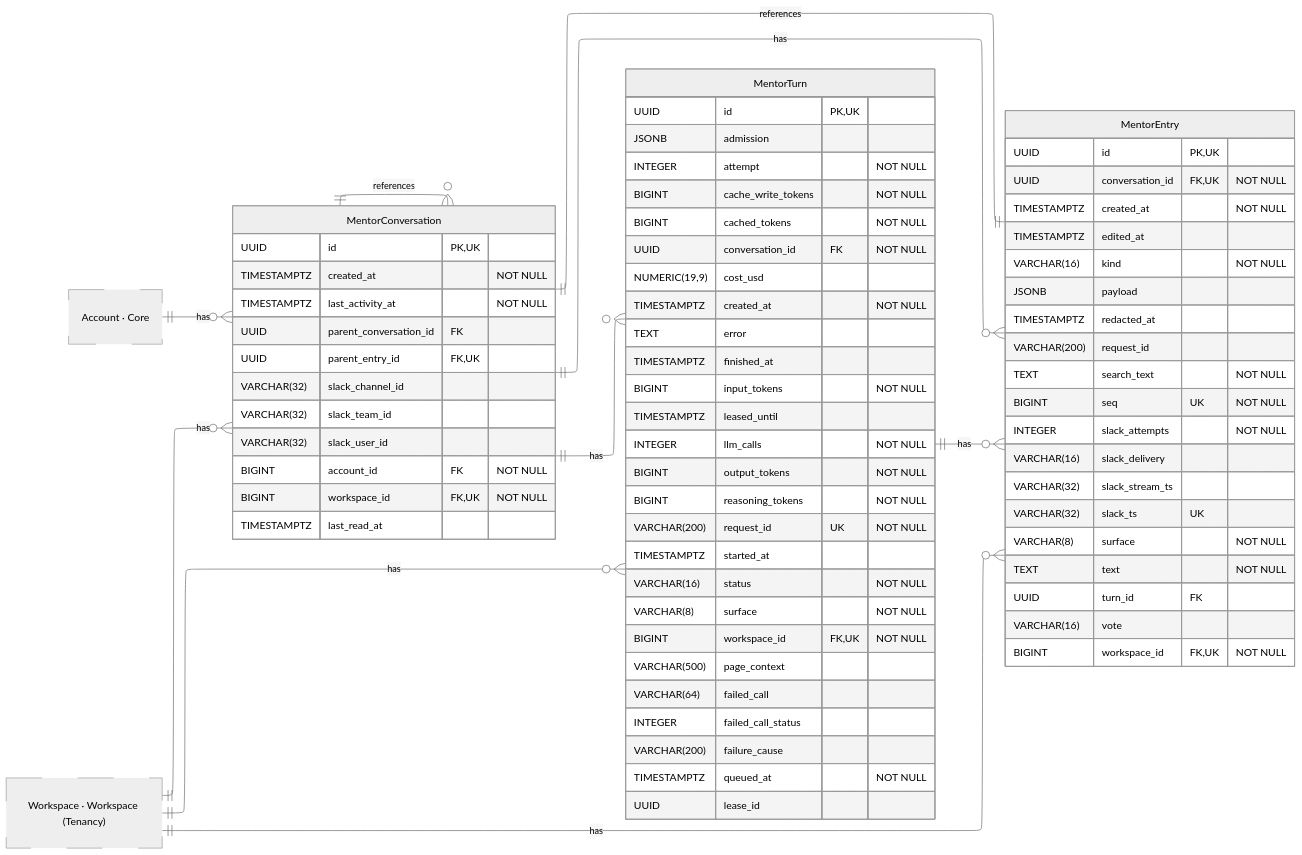
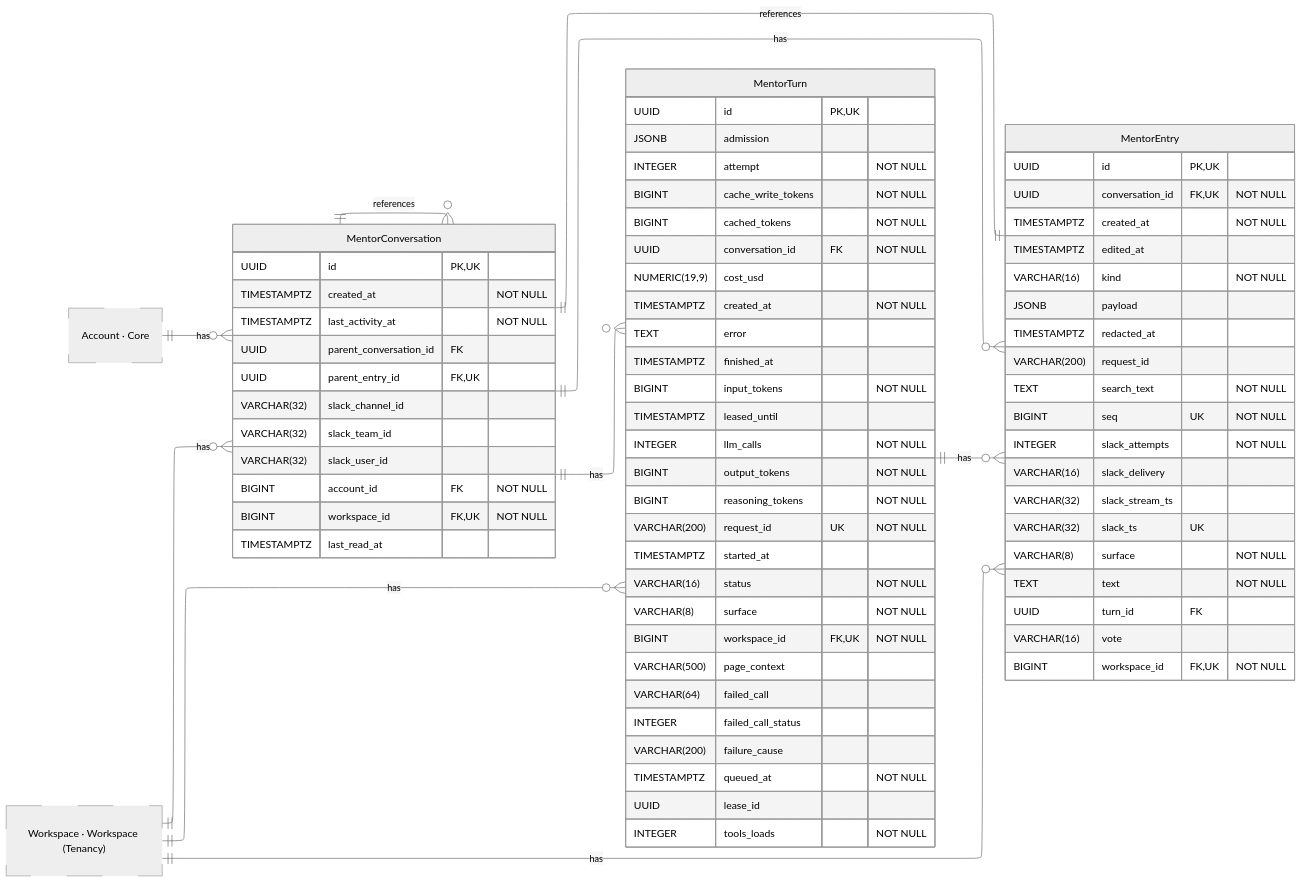
The diagram in docs/contributor/erd/mentor.mmd (hephaestus-build/Hephaestus), drawn with Mermaid (neutral theme) before and after one commit. The commit also changed 191 other files, not shown here.

```diff
--- a/docs/contributor/erd/mentor.mmd
+++ b/docs/contributor/erd/mentor.mmd
@@ -1,101 +1,102 @@
 ---
 config:
     layout: elk
 ---
 erDiagram
     %% Generated automatically from PostgreSQL database schema
     %% using scripts/generate-mermaid-erd.ts
     %% To regenerate: vp run db:generate-erd-docs
 
     direction LR
 
     MentorConversation {
         UUID id PK,UK
         TIMESTAMPTZ created_at "NOT NULL"
         TIMESTAMPTZ last_activity_at "NOT NULL"
         UUID parent_conversation_id FK
         UUID parent_entry_id FK,UK
         VARCHAR(32) slack_channel_id
         VARCHAR(32) slack_team_id
         VARCHAR(32) slack_user_id
         BIGINT account_id FK "NOT NULL"
         BIGINT workspace_id FK,UK "NOT NULL"
         TIMESTAMPTZ last_read_at
     }
 
     MentorEntry {
         UUID id PK,UK
         UUID conversation_id FK,UK "NOT NULL"
         TIMESTAMPTZ created_at "NOT NULL"
         TIMESTAMPTZ edited_at
         VARCHAR(16) kind "NOT NULL"
         JSONB payload
         TIMESTAMPTZ redacted_at
         VARCHAR(200) request_id
         TEXT search_text "NOT NULL"
         BIGINT seq UK "NOT NULL"
         INTEGER slack_attempts "NOT NULL"
         VARCHAR(16) slack_delivery
         VARCHAR(32) slack_stream_ts
         VARCHAR(32) slack_ts UK
         VARCHAR(8) surface "NOT NULL"
         TEXT text "NOT NULL"
         UUID turn_id FK
         VARCHAR(16) vote
         BIGINT workspace_id FK,UK "NOT NULL"
     }
 
     MentorTurn {
         UUID id PK,UK
         JSONB admission
         INTEGER attempt "NOT NULL"
         BIGINT cache_write_tokens "NOT NULL"
         BIGINT cached_tokens "NOT NULL"
         UUID conversation_id FK "NOT NULL"
         NUMERIC(19,9) cost_usd
         TIMESTAMPTZ created_at "NOT NULL"
         TEXT error
         TIMESTAMPTZ finished_at
         BIGINT input_tokens "NOT NULL"
         TIMESTAMPTZ leased_until
         INTEGER llm_calls "NOT NULL"
         BIGINT output_tokens "NOT NULL"
         BIGINT reasoning_tokens "NOT NULL"
         VARCHAR(200) request_id UK "NOT NULL"
         TIMESTAMPTZ started_at
         VARCHAR(16) status "NOT NULL"
         VARCHAR(8) surface "NOT NULL"
         BIGINT workspace_id FK,UK "NOT NULL"
         VARCHAR(500) page_context
         VARCHAR(64) failed_call
         INTEGER failed_call_status
         VARCHAR(200) failure_cause
         TIMESTAMPTZ queued_at "NOT NULL"
         UUID lease_id
+        INTEGER tools_loads "NOT NULL"
     }
 
     Account["Account · Core"]
     Workspace["Workspace · Workspace (Tenancy)"]
 
     %% Relationships
     %% One-to-One relationships
     MentorEntry ||--|| MentorConversation : references
 
     %% One-to-Many relationships
     Account ||--o{ MentorConversation : has
     MentorConversation ||--o{ MentorConversation : references
     Workspace ||--o{ MentorConversation : has
     MentorConversation ||--o{ MentorEntry : has
     MentorTurn ||--o{ MentorEntry : has
     Workspace ||--o{ MentorEntry : has
     MentorConversation ||--o{ MentorTurn : has
     Workspace ||--o{ MentorTurn : has
 
     %% Styling
     classDef primaryEntity stroke:#0288d1,stroke-width:2px
     classDef associationEntity stroke:#8e24aa,stroke-width:2px
     classDef metadataEntity stroke:#43a047,stroke-width:2px
     classDef referenceEntity stroke-dasharray:5 5
 
     class Account referenceEntity
     class Workspace referenceEntity
```
